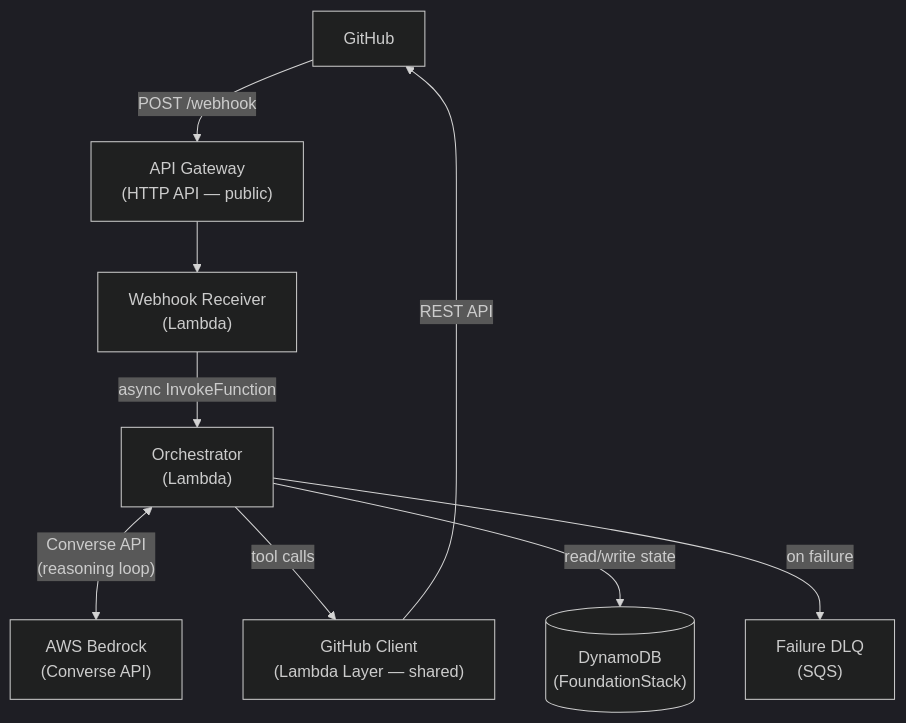
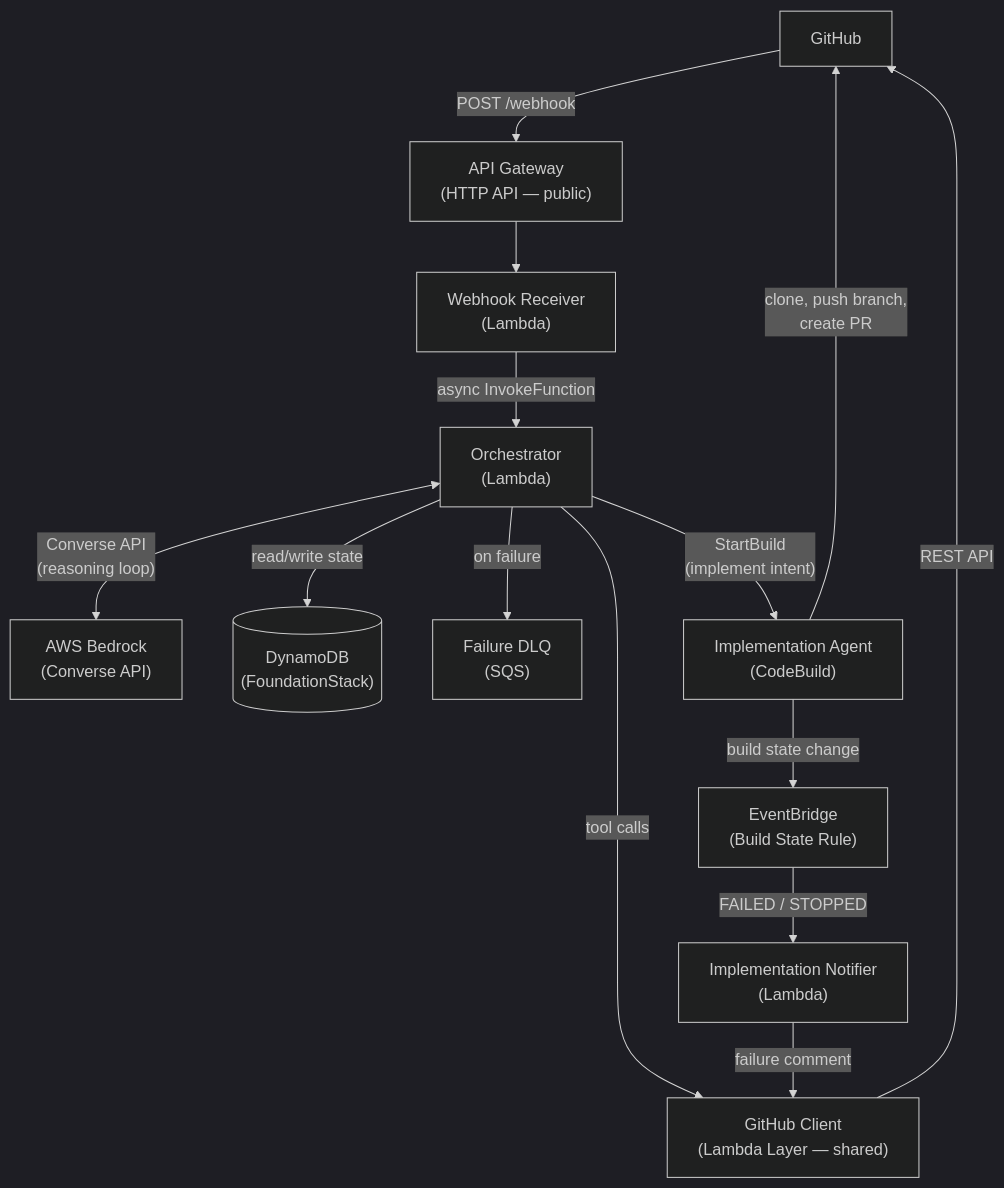
The diagram in application/docs/c4/02-container.md (michaelp1985/ai-team-member), drawn with Mermaid (dark theme) before and after one commit. The commit also changed other lines of this file and 25 other files, not shown here.

````diff
--- a/application/docs/c4/02-container.md
+++ b/application/docs/c4/02-container.md
@@ -5,21 +5,29 @@
 ```mermaid
 flowchart TD
     GitHub["GitHub"]
     Bedrock["AWS Bedrock\n(Converse API)"]
     DDB[("DynamoDB\n(FoundationStack)")]
 
     APIGW["API Gateway\n(HTTP API — public)"]
     Receiver["Webhook Receiver\n(Lambda)"]
     Orchestrator["Orchestrator\n(Lambda)"]
     FailDLQ["Failure DLQ\n(SQS)"]
     GHClient["GitHub Client\n(Lambda Layer — shared)"]
+    CodeBuild["Implementation Agent\n(CodeBuild)"]
+    Notifier["Implementation Notifier\n(Lambda)"]
+    EB["EventBridge\n(Build State Rule)"]
 
     GitHub -->|"POST /webhook"| APIGW
     APIGW --> Receiver
     Receiver -->|"async InvokeFunction"| Orchestrator
     Orchestrator <-->|"Converse API\n(reasoning loop)"| Bedrock
     Orchestrator -->|"tool calls"| GHClient
     GHClient -->|"REST API"| GitHub
     Orchestrator -->|"read/write state"| DDB
     Orchestrator -->|"on failure"| FailDLQ
+    Orchestrator -->|"StartBuild\n(implement intent)"| CodeBuild
+    CodeBuild -->|"clone, push branch,\ncreate PR"| GitHub
+    CodeBuild -->|"build state change"| EB
+    EB -->|"FAILED / STOPPED"| Notifier
+    Notifier -->|"failure comment"| GHClient
 ```
````
